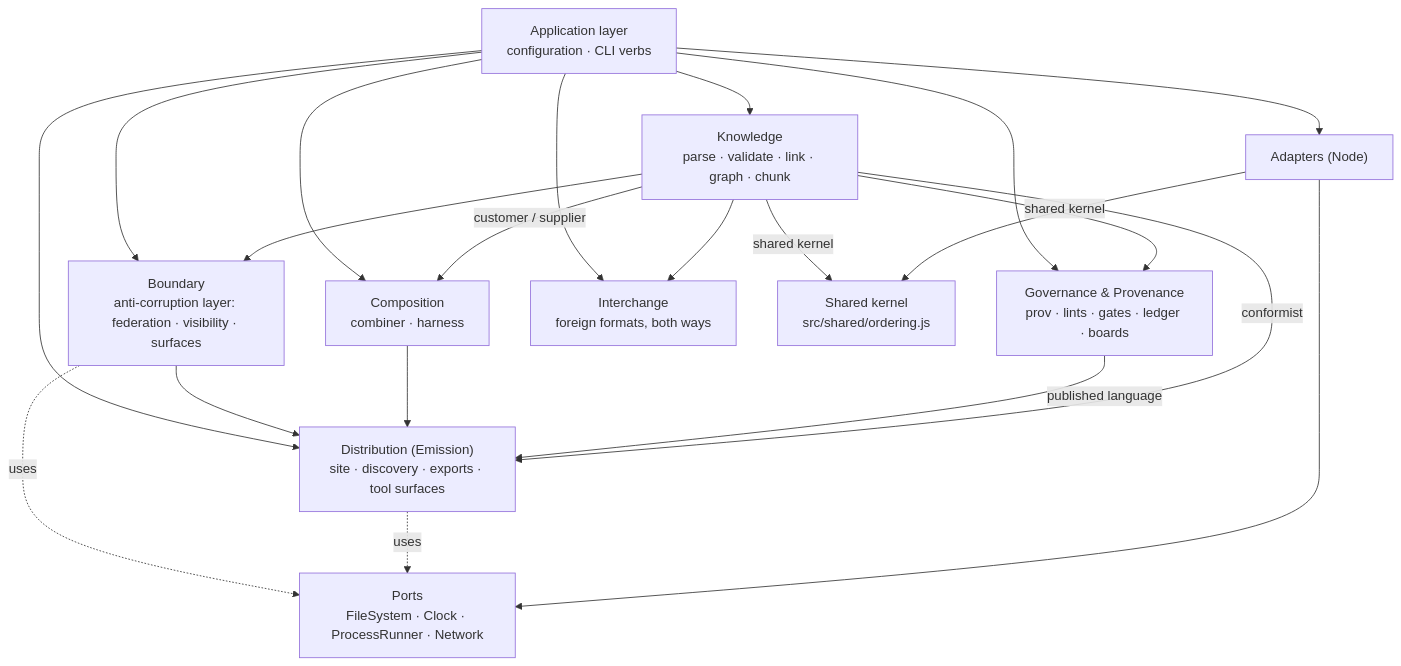
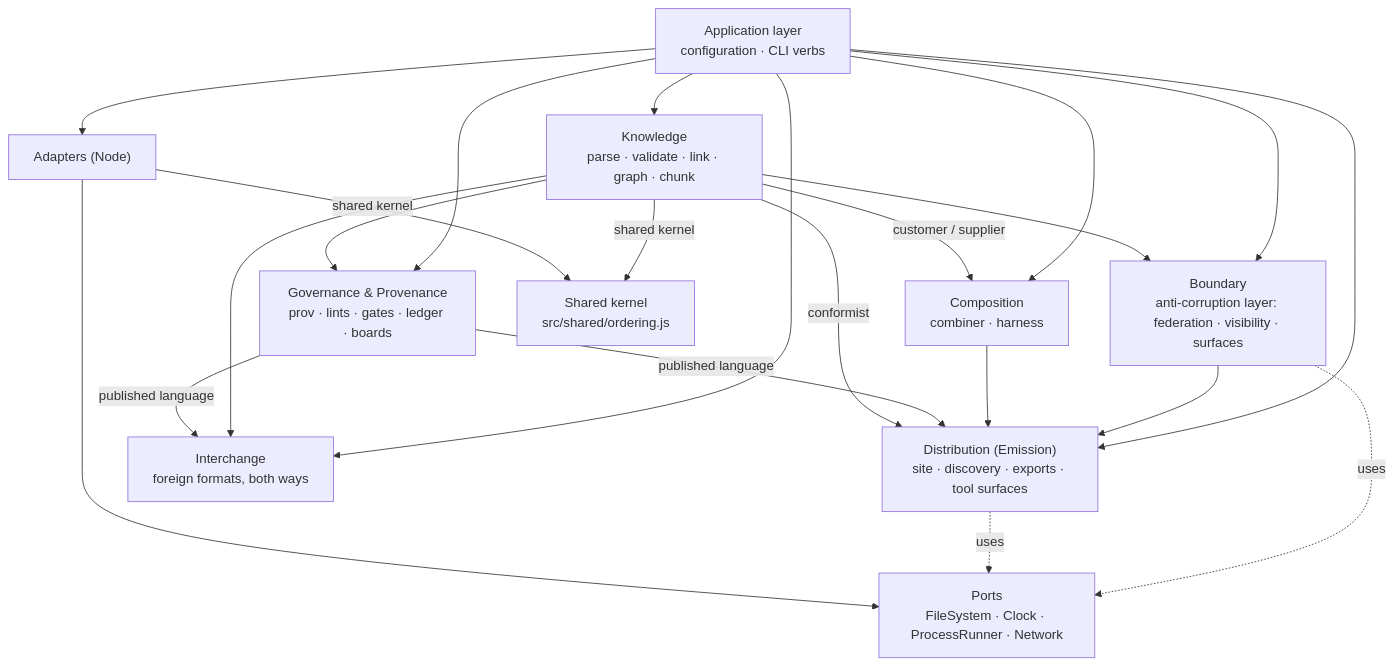
One commit to andreibesleaga/agentic-system-core changed the diagram in src/README.md. Above: the diagram before and after it, drawn with Mermaid. The commit also changed other lines of this file and 348 other files, not shown here.

````diff
--- a/src/README.md
+++ b/src/README.md
@@ -24,34 +50,35 @@
 ```mermaid
 flowchart TD
   K["Knowledge<br/>parse · validate · link · graph · chunk"]
   G["Governance &amp; Provenance<br/>prov · lints · gates · ledger · boards"]
   C["Composition<br/>combiner · harness"]
   D["Distribution (Emission)<br/>site · discovery · exports · tool surfaces"]
   B["Boundary<br/>anti-corruption layer: federation · visibility · surfaces"]
   I["Interchange<br/>foreign formats, both ways"]
   A["Application layer<br/>configuration · CLI verbs"]
   P["Ports<br/>FileSystem · Clock · ProcessRunner · Network"]
   AD["Adapters (Node)"]
   S["Shared kernel<br/>src/shared/ordering.js"]
 
   K -->|conformist| D
   K -->|customer / supplier| C
   G -->|published language| D
+  G -->|published language| I
   C --> D
   B --> D
   K --> G
   K --> B
   K --> I
   A --> K
   A --> G
   A --> C
   A --> D
   A --> B
   A --> I
   A --> AD
   AD --> P
   AD -->|shared kernel| S
   K -->|shared kernel| S
   D -.uses.-> P
   B -.uses.-> P
 ```
````
